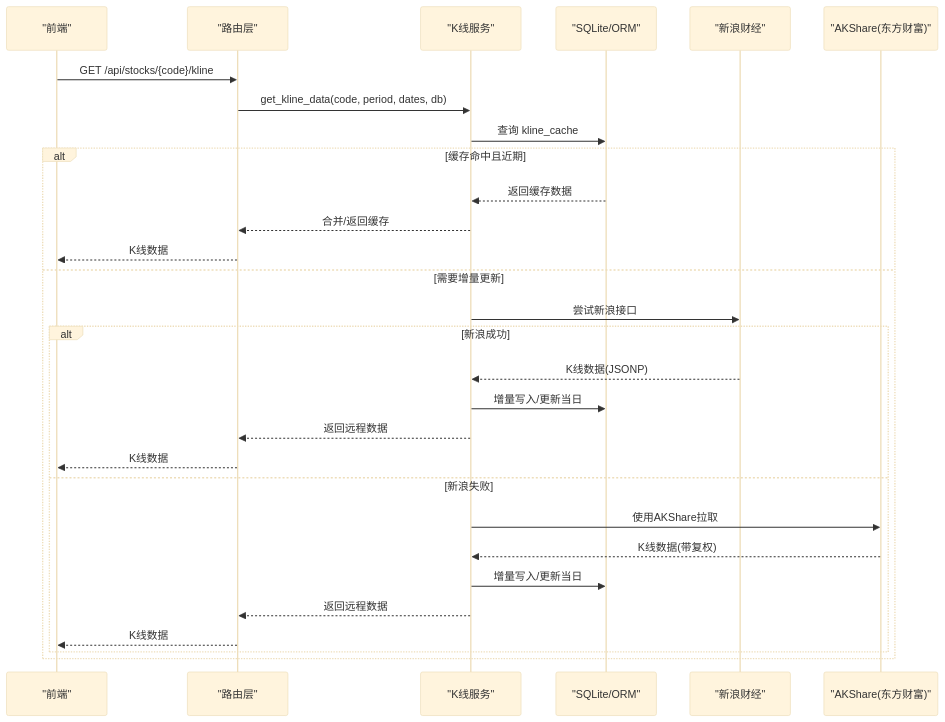
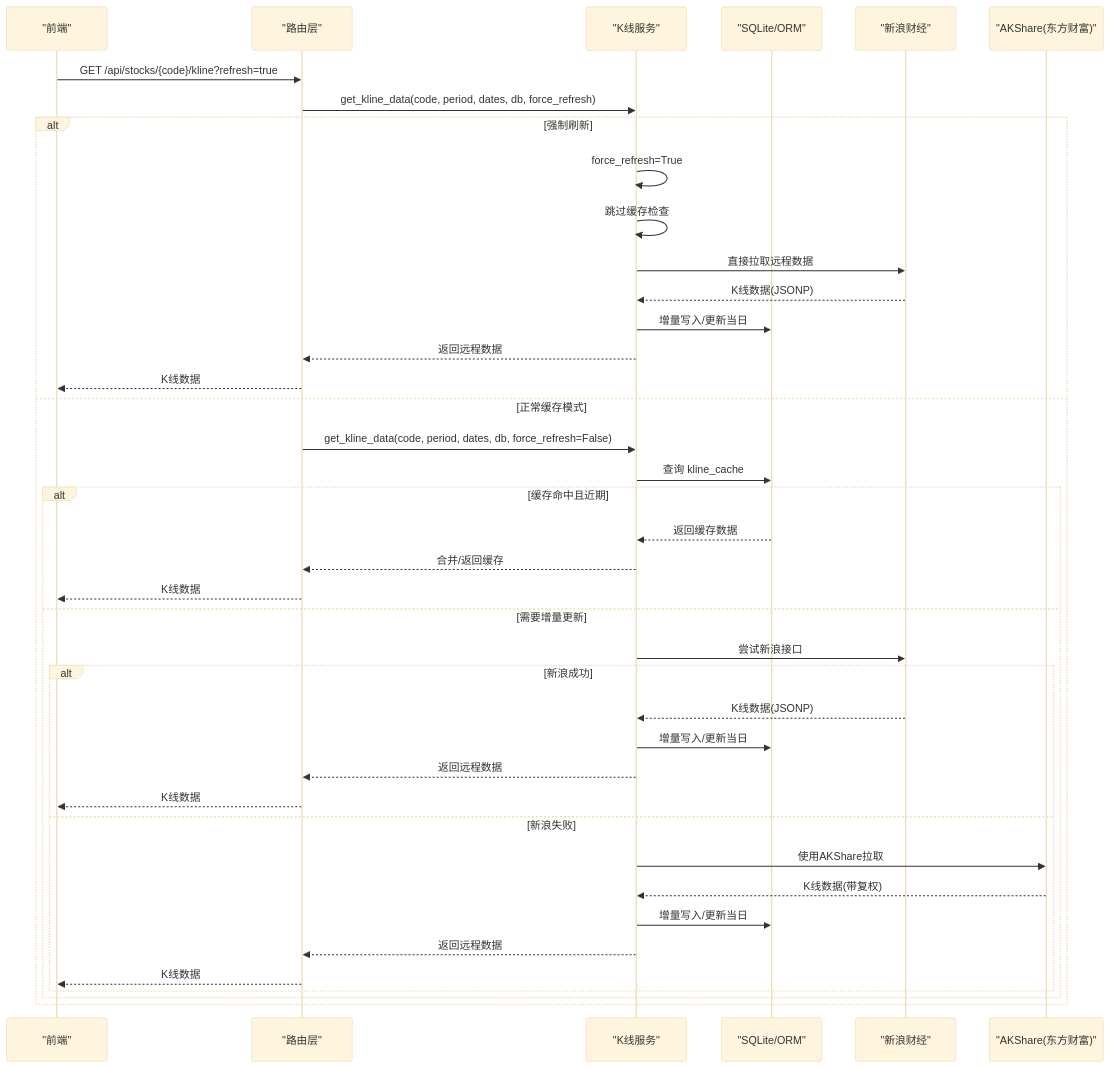
Before and after one commit to Moruime/stock_foker: the second of 5 diagrams in .qoder/repowiki/zh/content/核心功能/技术面分析系统/K线数据获取.md, drawn with Mermaid (base theme). The commit also changed other lines of this file and 16 other files, not shown here.

````diff
--- a/.qoder/repowiki/zh/content/核心功能/技术面分析系统/K线数据获取.md
+++ b/.qoder/repowiki/zh/content/核心功能/技术面分析系统/K线数据获取.md
@@ -86,31 +97,42 @@
 ```mermaid
 sequenceDiagram
 participant FE as "前端"
 participant API as "路由层"
 participant SVC as "K线服务"
 participant DB as "SQLite/ORM"
 participant SINA as "新浪财经"
 participant AK as "AKShare(东方财富)"
-FE->>API : GET /api/stocks/{code}/kline
-API->>SVC : get_kline_data(code, period, dates, db)
+FE->>API : GET /api/stocks/{code}/kline?refresh=true
+API->>SVC : get_kline_data(code, period, dates, db, force_refresh)
+alt 强制刷新
+SVC->>SVC : force_refresh=True
+SVC->>SVC : 跳过缓存检查
+SVC->>SINA : 直接拉取远程数据
+SINA-->>SVC : K线数据(JSONP)
+SVC->>DB : 增量写入/更新当日
+SVC-->>API : 返回远程数据
+API-->>FE : K线数据
+else 正常缓存模式
+API->>SVC : get_kline_data(code, period, dates, db, force_refresh=False)
 SVC->>DB : 查询 kline_cache
 alt 缓存命中且近期
 DB-->>SVC : 返回缓存数据
 SVC-->>API : 合并/返回缓存
 API-->>FE : K线数据
 else 需要增量更新
 SVC->>SINA : 尝试新浪接口
 alt 新浪成功
 SINA-->>SVC : K线数据(JSONP)
 SVC->>DB : 增量写入/更新当日
 SVC-->>API : 返回远程数据
 API-->>FE : K线数据
 else 新浪失败
 SVC->>AK : 使用AKShare拉取
 AK-->>SVC : K线数据(带复权)
 SVC->>DB : 增量写入/更新当日
 SVC-->>API : 返回远程数据
 API-->>FE : K线数据
 end
 end
+end
 ```
````
